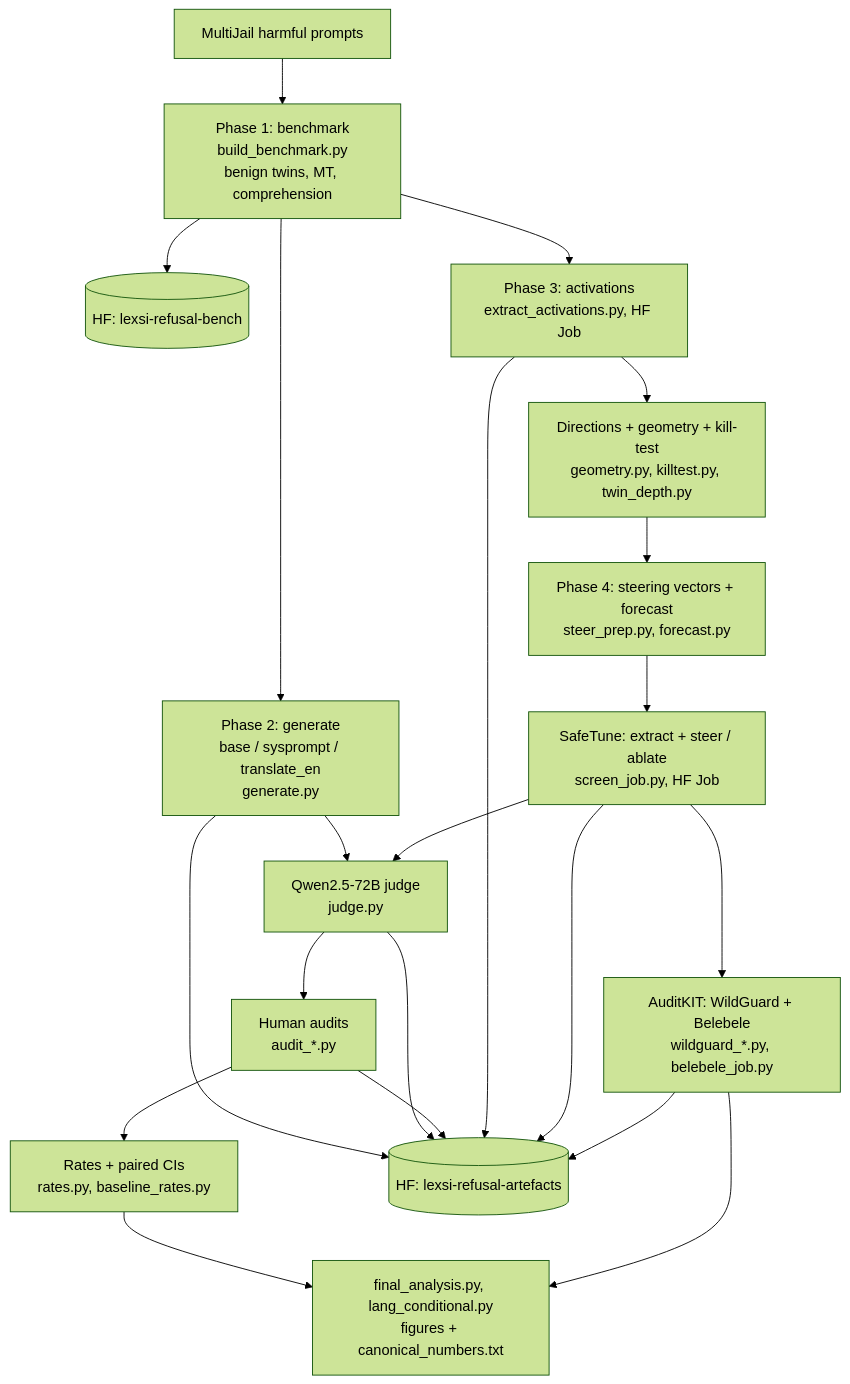
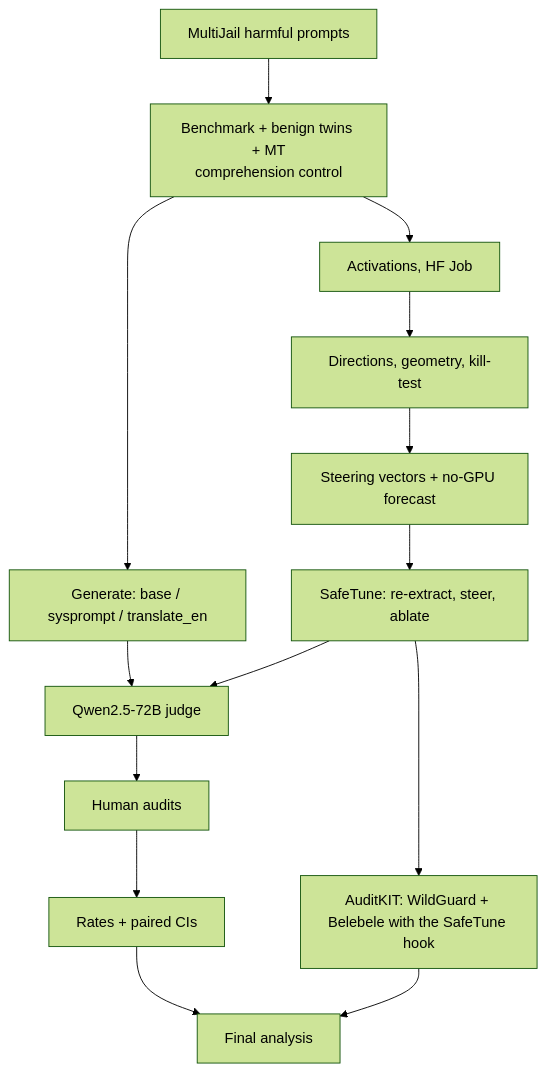
The diagram in README.md (anantshri1/lexsi-refusal), drawn with Mermaid (forest theme) before and after one commit. The commit also changed other lines of this file and 1 other file, not shown here.

Commit message:
README = submission write-up (Lexsi template), collection links; Space builds from README

````diff
--- a/README.md
+++ b/README.md
@@ -48,18 +76,13 @@
 ```mermaid
 flowchart TD
-  MJ[MultiJail harmful prompts] --> B1[Phase 1: benchmark<br/>build_benchmark.py<br/>benign twins, MT, comprehension]
-  B1 --> HFB[(HF: lexsi-refusal-bench)]
-  B1 --> G[Phase 2: generate<br/>base / sysprompt / translate_en<br/>generate.py]
-  G --> J[Qwen2.5-72B judge<br/>judge.py]
-  J --> H[Human audits<br/>audit_*.py]
-  H --> R[Rates + paired CIs<br/>rates.py, baseline_rates.py]
-  B1 --> A[Phase 3: activations<br/>extract_activations.py, HF Job]
-  A --> D[Directions + geometry + kill-test<br/>geometry.py, killtest.py, twin_depth.py]
-  D --> SP[Phase 4: steering vectors + forecast<br/>steer_prep.py, forecast.py]
-  SP --> ST[SafeTune: extract + steer / ablate<br/>screen_job.py, HF Job]
+  MJ[MultiJail harmful prompts] --> B1[Benchmark + benign twins + MT<br/>comprehension control]
+  B1 --> G[Generate: base / sysprompt / translate_en]
+  G --> J[Qwen2.5-72B judge] --> H[Human audits] --> R[Rates + paired CIs]
+  B1 --> A[Activations, HF Job] --> D[Directions, geometry, kill-test]
+  D --> SP[Steering vectors + no-GPU forecast]
+  SP --> ST[SafeTune: re-extract, steer, ablate]
   ST --> J
-  ST --> AK[AuditKIT: WildGuard + Belebele<br/>wildguard_*.py, belebele_job.py]
-  R --> F[final_analysis.py, lang_conditional.py<br/>figures + canonical_numbers.txt]
+  ST --> AK[AuditKIT: WildGuard + Belebele with the SafeTune hook]
+  R --> F[Final analysis]
   AK --> F
-  G & J & H & A & ST & AK --> HFA[(HF: lexsi-refusal-artefacts)]
 ```
````
